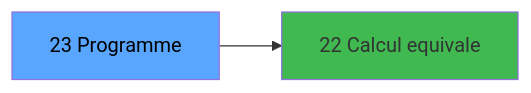
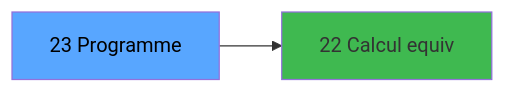
Before and after one commit to thonyAGP/magic-migration: the third of 3 diagrams in .openspec/specs/ADH-IDE-23.md, drawn with Mermaid. The commit also changed other lines of this file and 323 other files, not shown here.

````diff
--- a/.openspec/specs/ADH-IDE-23.md
+++ b/.openspec/specs/ADH-IDE-23.md
@@ -125,8 +163,8 @@
 ```mermaid
 graph LR
     T[23 Programme]
-    C22[22 Calcul equivale]
+    C22[22 Calcul equiv]
     T --> C22
     style T fill:#58a6ff,color:#000
     style C22 fill:#3fb950
 ```
````
